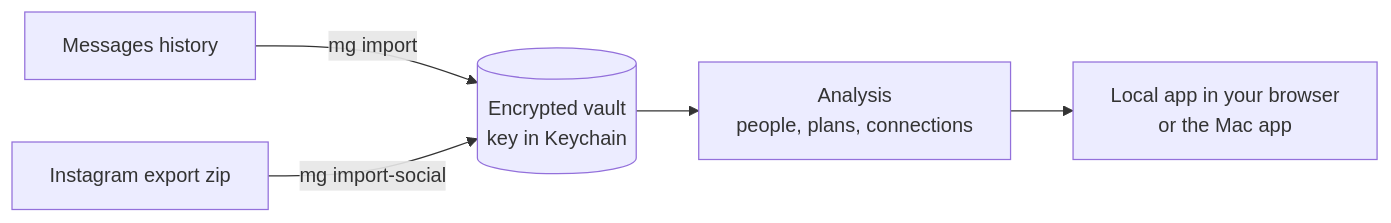
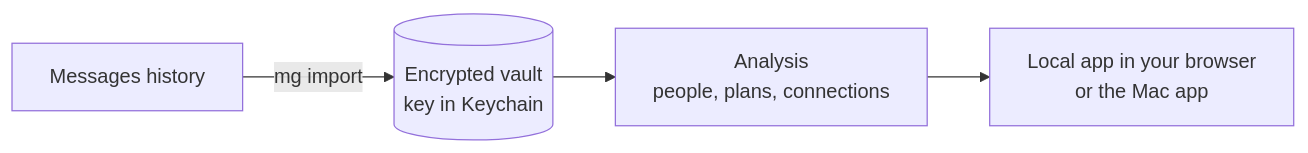
One commit to amalmehta/MessagingGraph changed the diagram in README.md. Above: the diagram before and after it, drawn with Mermaid. The commit also changed 15 other files, not shown here.

````diff
--- a/README.md
+++ b/README.md
@@ -7,7 +7,6 @@
 ```mermaid
 flowchart LR
     A[Messages history] -->|mg import| V[(Encrypted vault<br/>key in Keychain)]
-    B[Instagram export zip] -->|mg import-social| V
     V --> C[Analysis<br/>people, plans, connections]
     C --> D[Local app in your browser<br/>or the Mac app]
 ```
````
